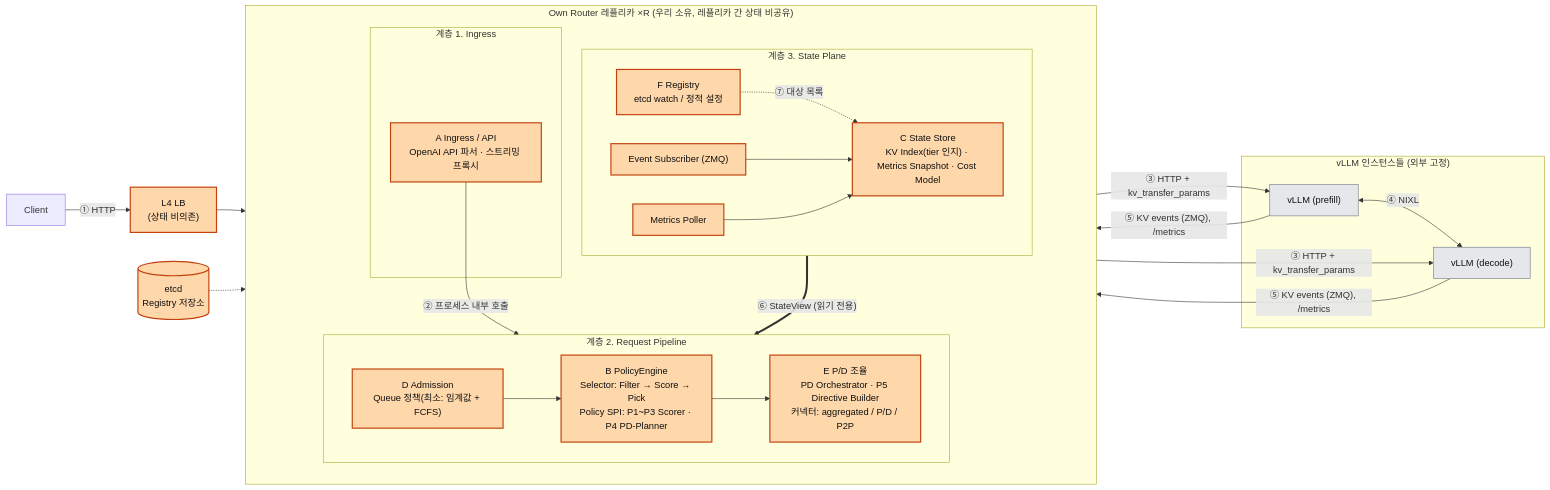
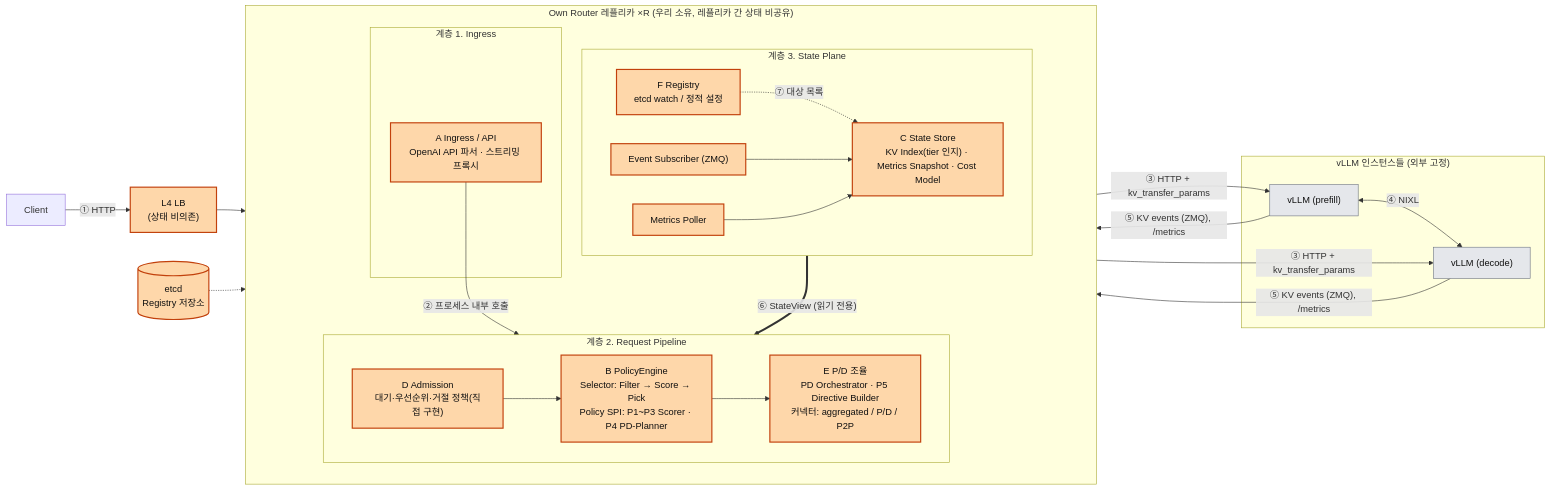
Before and after one commit to mkim0628/vllm: the fourth of 5 diagrams in doc-mk/DP0/dp0-request-orchestration-framework.md, drawn with Mermaid. The commit also changed other lines of this file and 2 other files, not shown here.

First line of the commit message:
DP0: add cost/risk supporting indicators to the tradeoff, fix candidate 2 flow control scope, narrow Modifiability to S1-S4

````diff
--- a/doc-mk/DP0/dp0-request-orchestration-framework.md
+++ b/doc-mk/DP0/dp0-request-orchestration-framework.md
@@ -421,54 +421,54 @@
 ```mermaid
 flowchart LR
     CL["Client"]
     LB["L4 LB<br/>(상태 비의존)"]
     ETCD[("etcd<br/>Registry 저장소")]
 
     subgraph RT["Own Router 레플리카 ×R  (우리 소유, 레플리카 간 상태 비공유)"]
         direction TB
 
         subgraph ING["계층 1. Ingress"]
             A3["A Ingress / API<br/>OpenAI API 파서 · 스트리밍 프록시"]
         end
 
         subgraph PIPE["계층 2. Request Pipeline"]
             direction LR
-            D3["D Admission<br/>Queue 정책(최소: 임계값 + FCFS)"]
+            D3["D Admission<br/>대기·우선순위·거절 정책(직접 구현)"]
             B3["B PolicyEngine<br/>Selector: Filter → Score → Pick<br/>Policy SPI: P1~P3 Scorer · P4 PD-Planner"]
             E3["E P/D 조율<br/>PD Orchestrator · P5 Directive Builder<br/>커넥터: aggregated / P/D / P2P"]
             D3 --> B3 --> E3
         end
 
         subgraph STP["계층 3. State Plane"]
             direction LR
             F3["F Registry<br/>etcd watch / 정적 설정"]
             C3["C State Store<br/>KV Index(tier 인지) · Metrics Snapshot · Cost Model"]
             SUB["Event Subscriber (ZMQ)"]
             POL["Metrics Poller"]
             F3 -.->|"⑦ 대상 목록"| C3
             SUB --> C3
             POL --> C3
         end
 
         A3 -->|"② 프로세스 내부 호출"| D3
         C3 ==>|"⑥ StateView (읽기 전용)"| B3
     end
 
     subgraph INST["vLLM 인스턴스들 (외부 고정)"]
         VP2["vLLM (prefill)"]
         VD2["vLLM (decode)"]
     end
 
     CL -->|"① HTTP"| LB --> A3
     ETCD -.-> F3
     E3 -->|"③ HTTP + kv_transfer_params"| VP2
     E3 -->|"③ HTTP + kv_transfer_params"| VD2
     VP2 <-->|"④ NIXL"| VD2
     VP2 -->|"⑤ KV events (ZMQ), /metrics"| SUB
     VD2 -->|"⑤ KV events (ZMQ), /metrics"| POL
 
     classDef own fill:#fed7aa,stroke:#c2410c,stroke-width:2px,color:#111;
     classDef fixed fill:#e5e7eb,stroke:#6b7280,color:#111;
     class A3,D3,B3,E3,C3,F3,SUB,POL,LB,ETCD own;
     class VP2,VD2 fixed;
 ```
````
